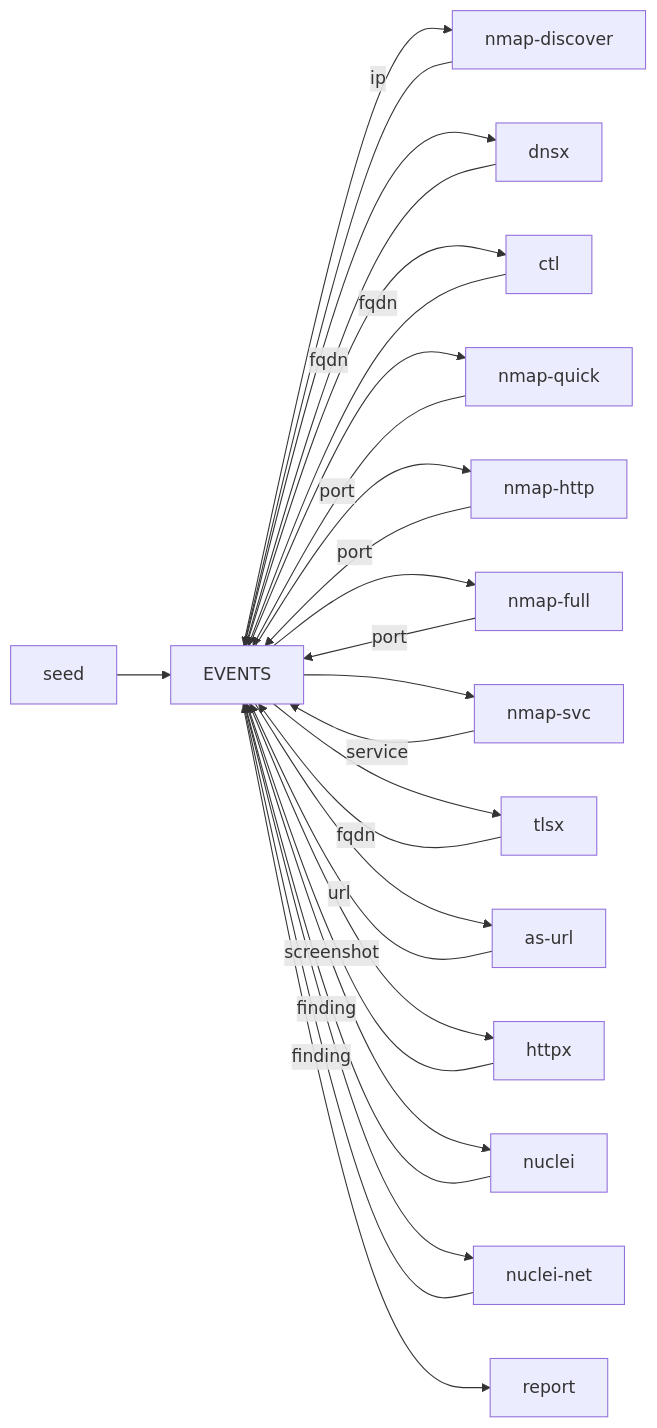
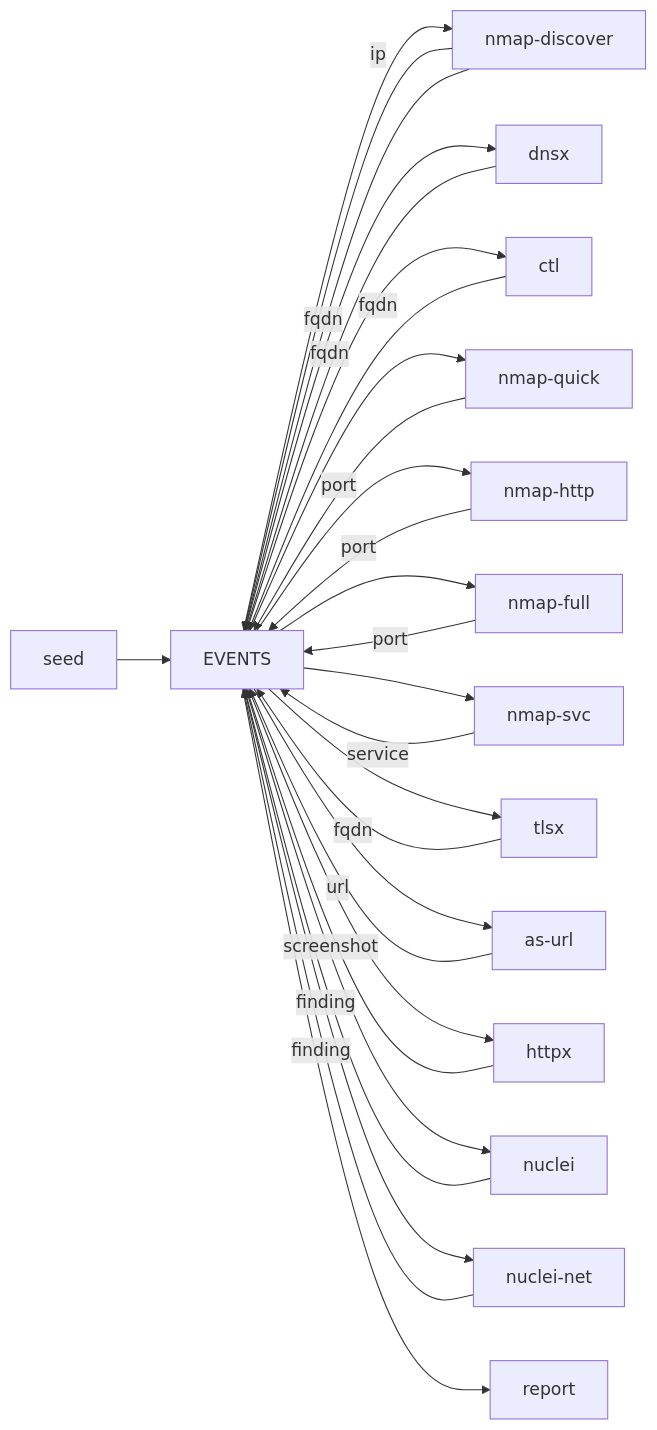
Before and after one commit to tomsteele/adama: the diagram in README.md, drawn with Mermaid. The commit also changed other lines of this file and 14 other files, not shown here.

````diff
--- a/README.md
+++ b/README.md
@@ -7,29 +7,30 @@
 ```mermaid
 flowchart LR
   seed[seed] --> events[EVENTS]
   events --> nmapDiscover[nmap-discover]
   nmapDiscover -->|ip| events
+  nmapDiscover -->|fqdn| events
   events --> dnsx
   events --> ctl
   dnsx -->|fqdn| events
   ctl -->|fqdn| events
   events --> nmapQuick[nmap-quick]
   events --> nmapHttp[nmap-http]
   events --> nmapFull[nmap-full]
   nmapQuick -->|port| events
   nmapHttp -->|port| events
   nmapFull -->|port| events
   events --> nmapSvc[nmap-svc]
   events --> tlsx
   nmapSvc -->|service| events
   tlsx -->|fqdn| events
   events --> asUrl[as-url]
   asUrl -->|url| events
   events --> httpx
   events --> nuclei
   events --> nucleiNet[nuclei-net]
   httpx -->|screenshot| events
   nuclei -->|finding| events
   nucleiNet -->|finding| events
   events --> report
 ```
````
